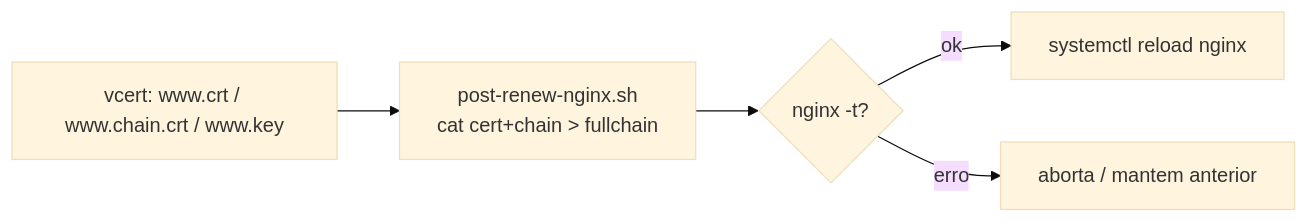
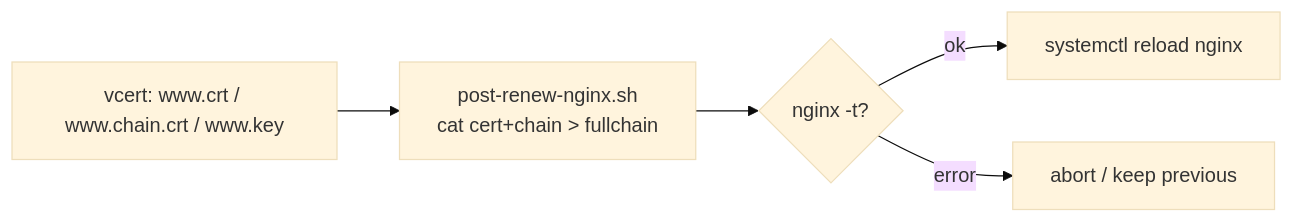
Before and after one commit to aslancarlos/vcert-examples: the seventh of 10 diagrams in docs/architecture.md, drawn with Mermaid (base theme). The commit also changed other lines of this file and 35 other files, not shown here.

````diff
--- a/docs/architecture.md
+++ b/docs/architecture.md
@@ -93,7 +93,7 @@
 ```mermaid
 flowchart LR
     V[vcert: www.crt / www.chain.crt / www.key] --> S[post-renew-nginx.sh<br/>cat cert+chain &gt; fullchain]
     S --> C{nginx -t?}
     C -- ok --> R[systemctl reload nginx]
-    C -- erro --> X[aborta / mantem anterior]
+    C -- error --> X[abort / keep previous]
 ```
````
